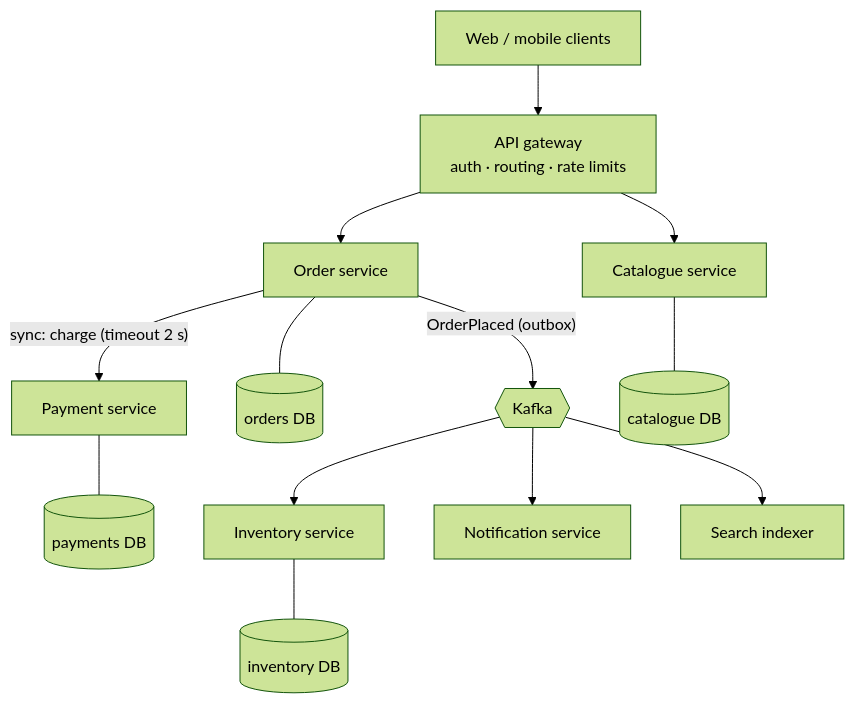
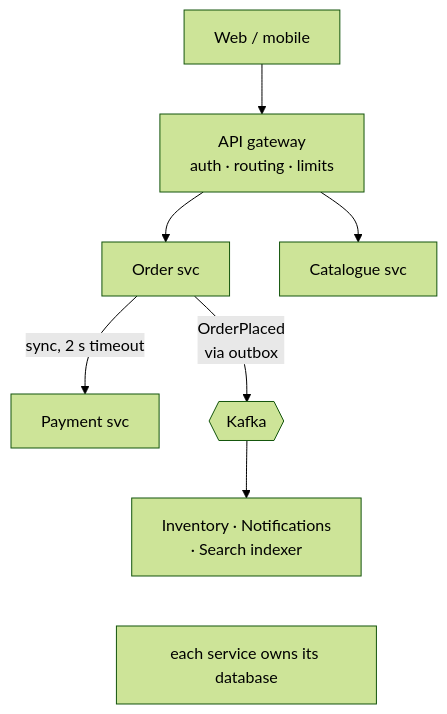
Before and after one commit to dhaval-76/engineering-field-guide: the diagram in src/content/topics/distributed-systems/microservices/diagrams/microservices-landscape.mmd, drawn with Mermaid (forest theme). The commit also changed 7 other files, not shown here.

Commit message:
Distributed systems: diagrams redrawn or restructured for phones

```diff
--- a/src/content/topics/distributed-systems/microservices/diagrams/microservices-landscape.mmd
+++ b/src/content/topics/distributed-systems/microservices/diagrams/microservices-landscape.mmd
@@ -1,13 +1,9 @@
 flowchart TD
-  C[Web / mobile clients] --> G[API gateway<br/>auth · routing · rate limits]
-  G --> O[Order service]
-  G --> P[Catalogue service]
-  O -- "sync: charge (timeout 2 s)" --> Pay[Payment service]
-  O --- ODB[(orders DB)]
-  P --- PDB[(catalogue DB)]
-  Pay --- PayDB[(payments DB)]
-  O -- "OrderPlaced (outbox)" --> K{{Kafka}}
-  K --> I[Inventory service]
-  K --> N[Notification service]
-  K --> S[Search indexer]
-  I --- IDB[(inventory DB)]
+  C[Web / mobile] --> G[API gateway<br/>auth · routing · limits]
+  G --> O[Order svc]
+  G --> P[Catalogue svc]
+  O -- "sync, 2 s timeout" --> Pay[Payment svc]
+  O -- "OrderPlaced<br/>via outbox" --> K{{Kafka}}
+  K --> Sub[Inventory · Notifications<br/>· Search indexer]
+  DBN["each service owns its database"]
+  Sub ~~~ DBN
```
